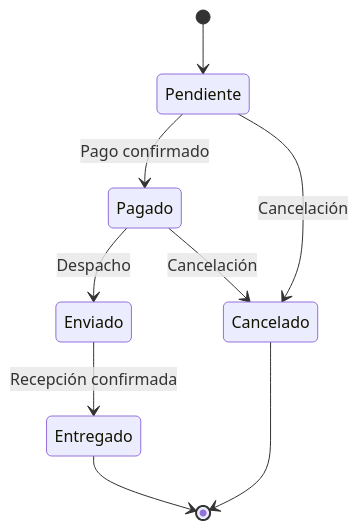
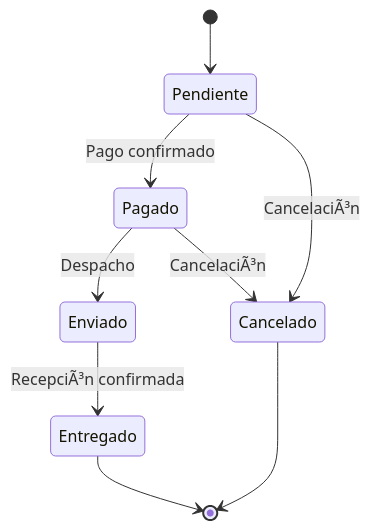
One commit to facusoster/FinalProdWebLaravel changed the diagram in docs/diagramas/25_UML_EstadosPedido.md. Above: the diagram before and after it, drawn with Mermaid. The commit also changed other lines of this file and 24 other files, not shown here.

````diff
--- a/docs/diagramas/25_UML_EstadosPedido.md
+++ b/docs/diagramas/25_UML_EstadosPedido.md
@@ -22,16 +22,16 @@
 ```mermaid
 stateDiagram-v2
 
 [*] --> Pendiente
 
 Pendiente --> Pagado : Pago confirmado
-Pendiente --> Cancelado : Cancelación
+Pendiente --> Cancelado : CancelaciÃ³n
 
 Pagado --> Enviado : Despacho
-Pagado --> Cancelado : Cancelación
+Pagado --> Cancelado : CancelaciÃ³n
 
-Enviado --> Entregado : Recepción confirmada
+Enviado --> Entregado : RecepciÃ³n confirmada
 
 Entregado --> [*]
 Cancelado --> [*]
 ```
````
